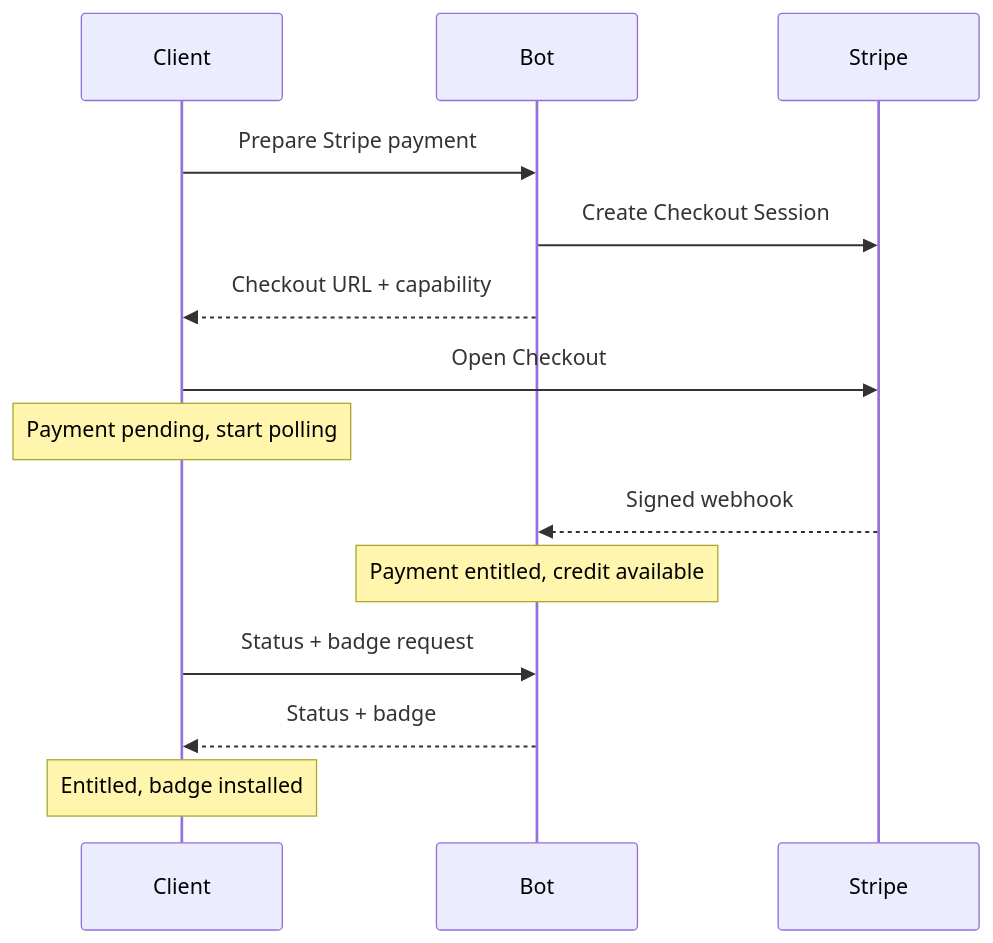
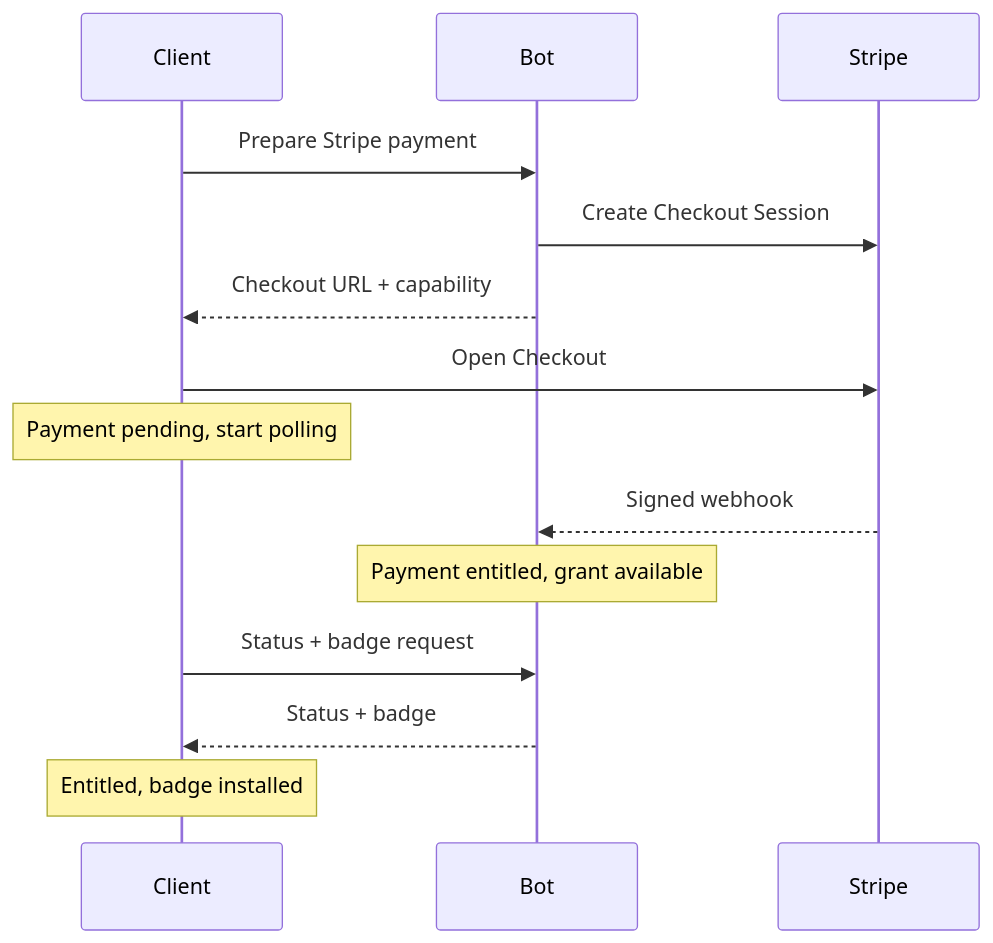
One commit to simplex-chat/simplex-chat changed the seventh of 12 diagrams in plans/2026-07-20-supporter-badges-v2-product.md. Above: the diagram before and after it, drawn with Mermaid. The commit also changed other lines of this file and 4 other files, not shown here.

````diff
--- a/plans/2026-07-20-supporter-badges-v2-product.md
+++ b/plans/2026-07-20-supporter-badges-v2-product.md
@@ -206,16 +206,16 @@
 ```mermaid
 sequenceDiagram
   participant C as Client
   participant B as Bot
   participant S as Stripe
   C->>B: Prepare Stripe payment
   B->>S: Create Checkout Session
   B-->>C: Checkout URL + capability
   C->>S: Open Checkout
   Note over C: Payment pending, start polling
   S-->>B: Signed webhook
-  Note over B: Payment entitled, credit available
+  Note over B: Payment entitled, grant available
   C->>B: Status + badge request
   B-->>C: Status + badge
   Note over C: Entitled, badge installed
 ```
````
